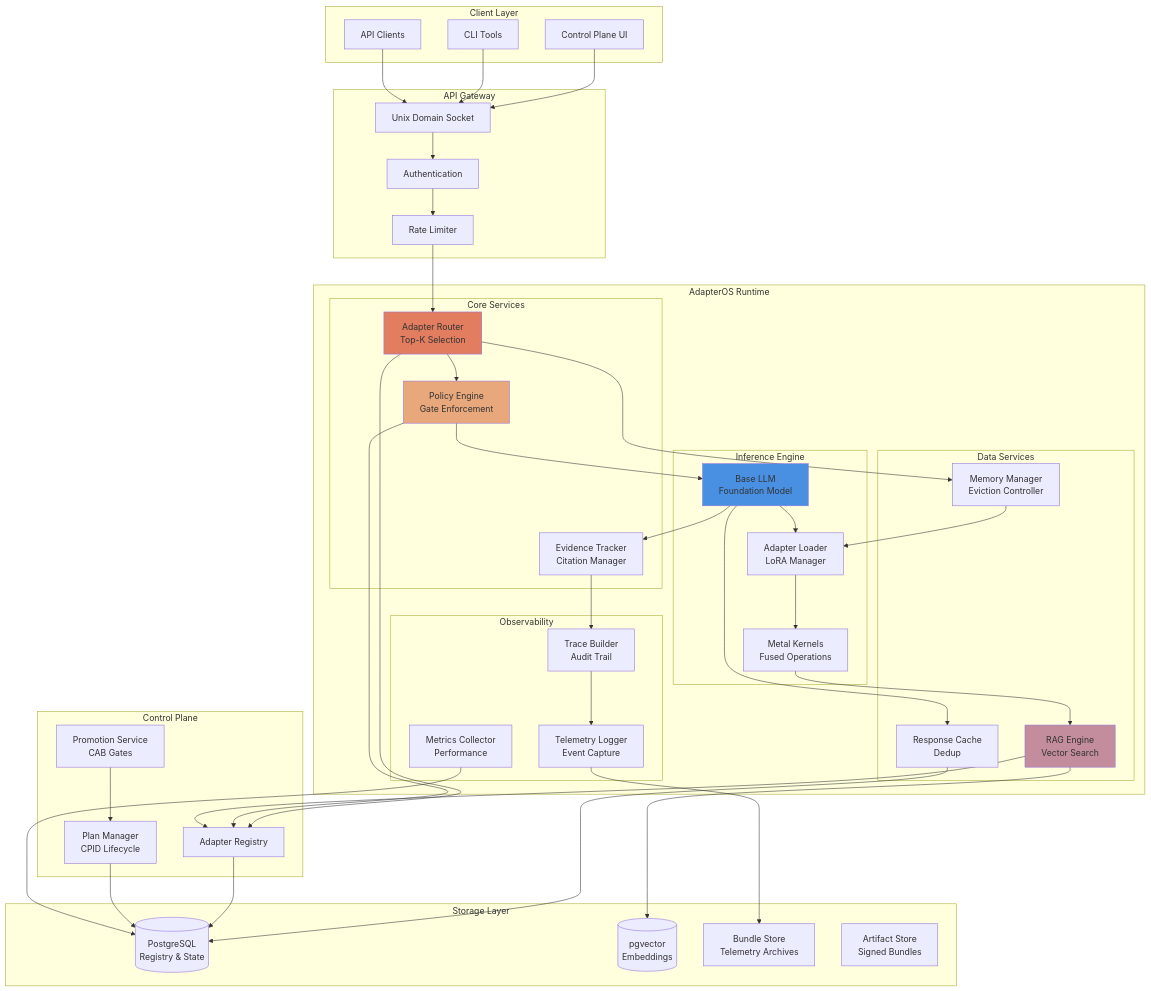
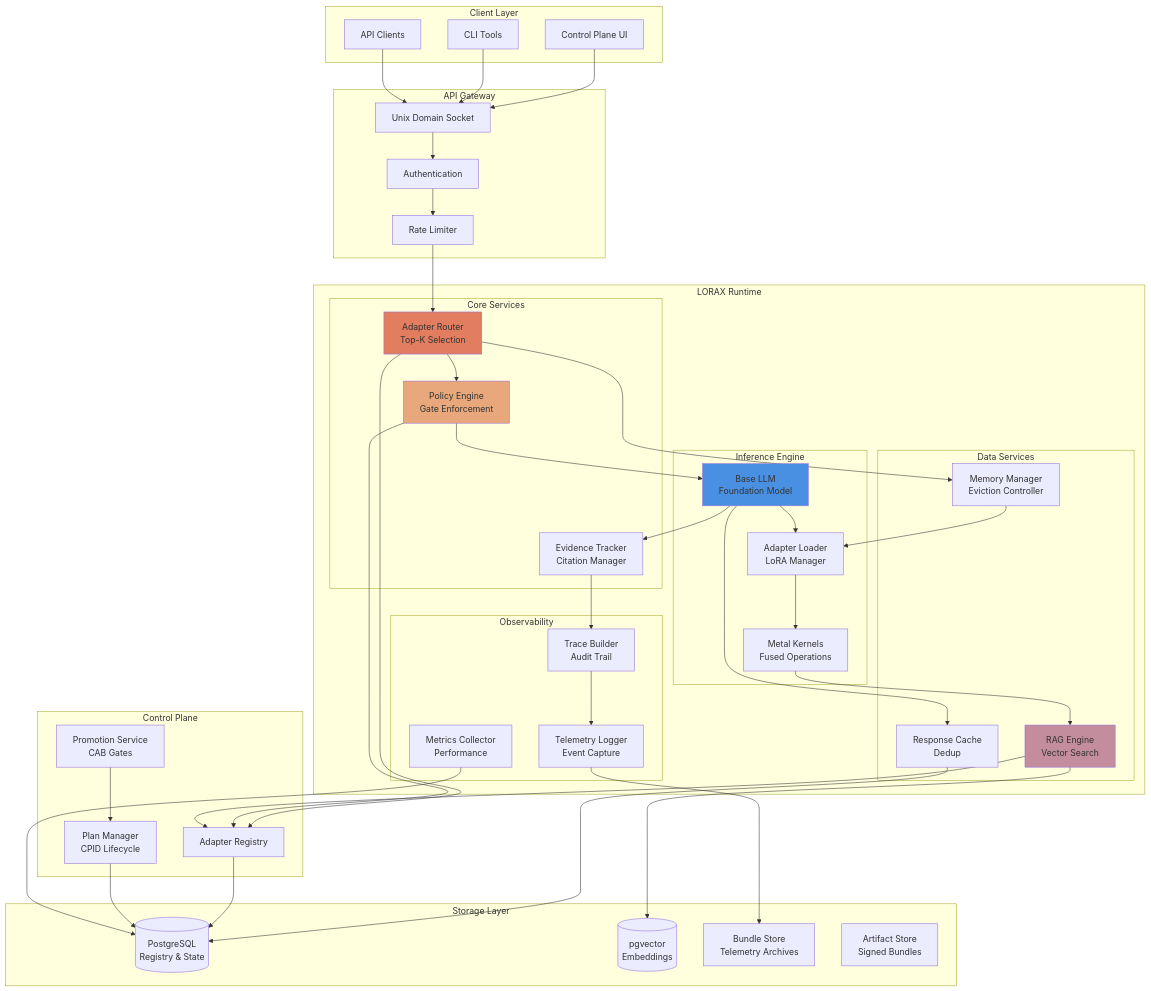
The first of 24 diagrams in docs/runtime-diagrams.md (rogu3bear/adapter-os), drawn with Mermaid before and after one commit. The commit also changed other lines of this file and 5 other files, not shown here.

First line of the commit message:
docs: update CLAUDE.md, AGENTS.md, README, and runtime diagrams

```diff
--- a/docs/runtime-diagrams.md
+++ b/docs/runtime-diagrams.md
@@ -42,7 +42,7 @@
         RateLimit[Rate Limiter]
     end
 
-    subgraph "AdapterOS Runtime"
+    subgraph "LORAX Runtime"
         subgraph "Core Services"
             Router[Adapter Router<br/>Top-K Selection]
             Policy[Policy Engine<br/>Gate Enforcement]
```
